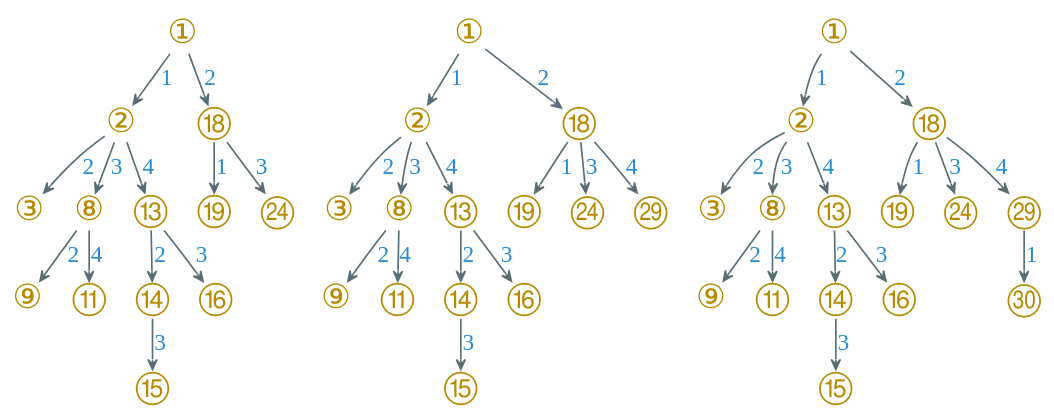
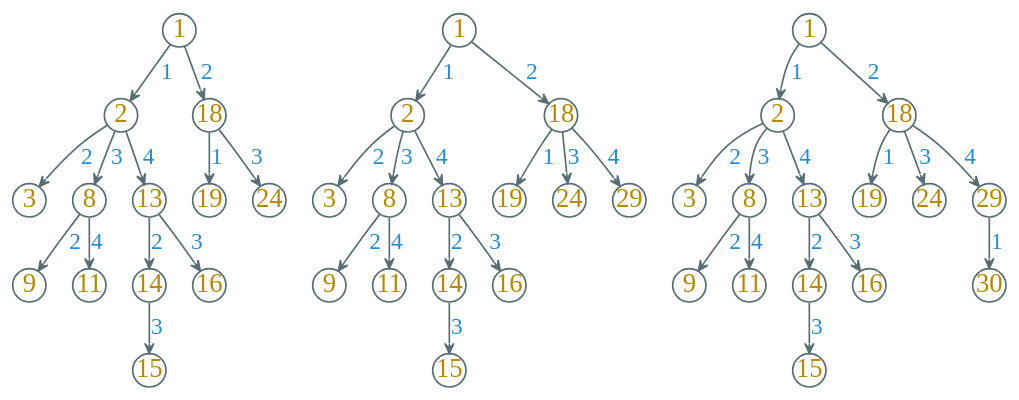
Before and after one commit to Avanti1980/course-alg: the diagram in dot/four-queen-solve5.dot, drawn with Graphviz. The commit also changed 10 other files, not shown here.

```diff
--- a/dot/four-queen-solve5.dot
+++ b/dot/four-queen-solve5.dot
@@ -1,83 +1,83 @@
 digraph g {
     bgcolor=transparent
     rankdir=TB
-    graph [nodesep=0.23, ranksep=0.05]
-    node [shape=plain, color="#586e75", fontcolor="#b58900", fontsize=20, fontname="LXGWWenKai"]
+    graph [nodesep=0.22, ranksep=0.05]
+    node [shape=circle, fixedsize=true, width=0.28, color="#586e75", fontcolor="#b58900", fontsize=16, fontname="LXGWWenKai"]
     edge [arrowhead=vee, color="#586e75", fontcolor="#268bd2", fontsize=14, fontname="LXGWWenKai" arrowsize=0.6]
 
-    n10 [label=①]
-    n11 [label=②]
-    n12 [label=③]
-    n13 [label=⑧]
-    n14 [label=⑨]
-    n15 [label=⑪]
-    n16 [label=⑬]
-    n17 [label=⑭]
-    n18 [label=⑮]
-    n19 [label=⑯]
-    n21 [label=⑱]
-    n22 [label=⑲]
-    n23 [label=㉔]
+    n10 [label=1]
+    n11 [label=2]
+    n12 [label=3]
+    n13 [label=8]
+    n14 [label=9]
+    n15 [label=11]
+    n16 [label=13]
+    n17 [label=14]
+    n18 [label=15]
+    n19 [label=16]
+    n21 [label=18]
+    n22 [label=19]
+    n23 [label=24]
 
     n10 -> n11 [label="1"]
     n11 -> n12 [label="2"]
     n11 -> n13 [label="3"]
     n13 -> n14 [label="2"]
     n13 -> n15 [label="4"]
     n11 -> n16 [label="4"]
     n16 -> n17 [label="2"]
     n17 -> n18 [label="3"]
     n16 -> n19 [label="3"]
     n10 -> n21 [label="2"]
     n21 -> n22 [label="1"]
     n21 -> n23 [label="3"]
 
-    n1 [label=①]
-    n2 [label=②]
-    n3 [label=③]
-    n4 [label=⑧]
-    n5 [label=⑨]
-    n6 [label=⑪]
-    n7 [label=⑬]
-    n8 [label=⑭]
-    n9 [label=⑮]
-    n0 [label=⑯]
-    n20 [label=⑱]
-    n24 [label=⑲]
-    n25 [label=㉔]
-    n26 [label=㉙]
+    n1 [label=1]
+    n2 [label=2]
+    n3 [label=3]
+    n4 [label=8]
+    n5 [label=9]
+    n6 [label=11]
+    n7 [label=13]
+    n8 [label=14]
+    n9 [label=15]
+    n0 [label=16]
+    n20 [label=18]
+    n24 [label=19]
+    n25 [label=24]
+    n26 [label=29]
 
     n1 -> n2 [label="1"]
     n2 -> n3 [label="2"]
     n2 -> n4 [label="3"]
     n4 -> n5 [label="2"]
     n4 -> n6 [label="4"]
     n2 -> n7 [label="4"]
     n7 -> n8 [label="2"]
     n7 -> n0 [label="3"]
     n8 -> n9 [label="3"]
     n1 -> n20 [label="2"]
     n20 -> n24 [label="1"]
     n20 -> n25 [label="3"]
     n20 -> n26 [label="4"]
 
-    ① -> ② [label="1"]
+    1 -> 2 [label="1"]
 
-    ② -> ③ [label="2"]
-    ② -> ⑧ [label="3"]
-    ② -> ⑬ [label="4"]
+    2 -> 3 [label="2"]
+    2 -> 8 [label="3"]
+    2 -> 13 [label="4"]
 
-    ⑧ -> ⑨ [label="2"]
-    ⑧ -> ⑪ [label="4"]
+    8 -> 9 [label="2"]
+    8 -> 11 [label="4"]
 
-    ⑬ -> ⑭ [label="2"]
-    ⑭ -> ⑮ [label="3"]
-    ⑬ -> ⑯ [label="3"]
+    13 -> 14 [label="2"]
+    14 -> 15 [label="3"]
+    13 -> 16 [label="3"]
 
-    ① -> ⑱ [label="2"]
-    ⑱ -> ⑲ [label="1"]
+    1 -> 18 [label="2"]
+    18 -> 19 [label="1"]
 
-    ⑱ -> ㉔ [label="3"]
-    ⑱ -> ㉙ [label="4"]
-    ㉙ -> ㉚ [label="1"]
+    18 -> 24 [label="3"]
+    18 -> 29 [label="4"]
+    29 -> 30 [label="1"]
 }
```
